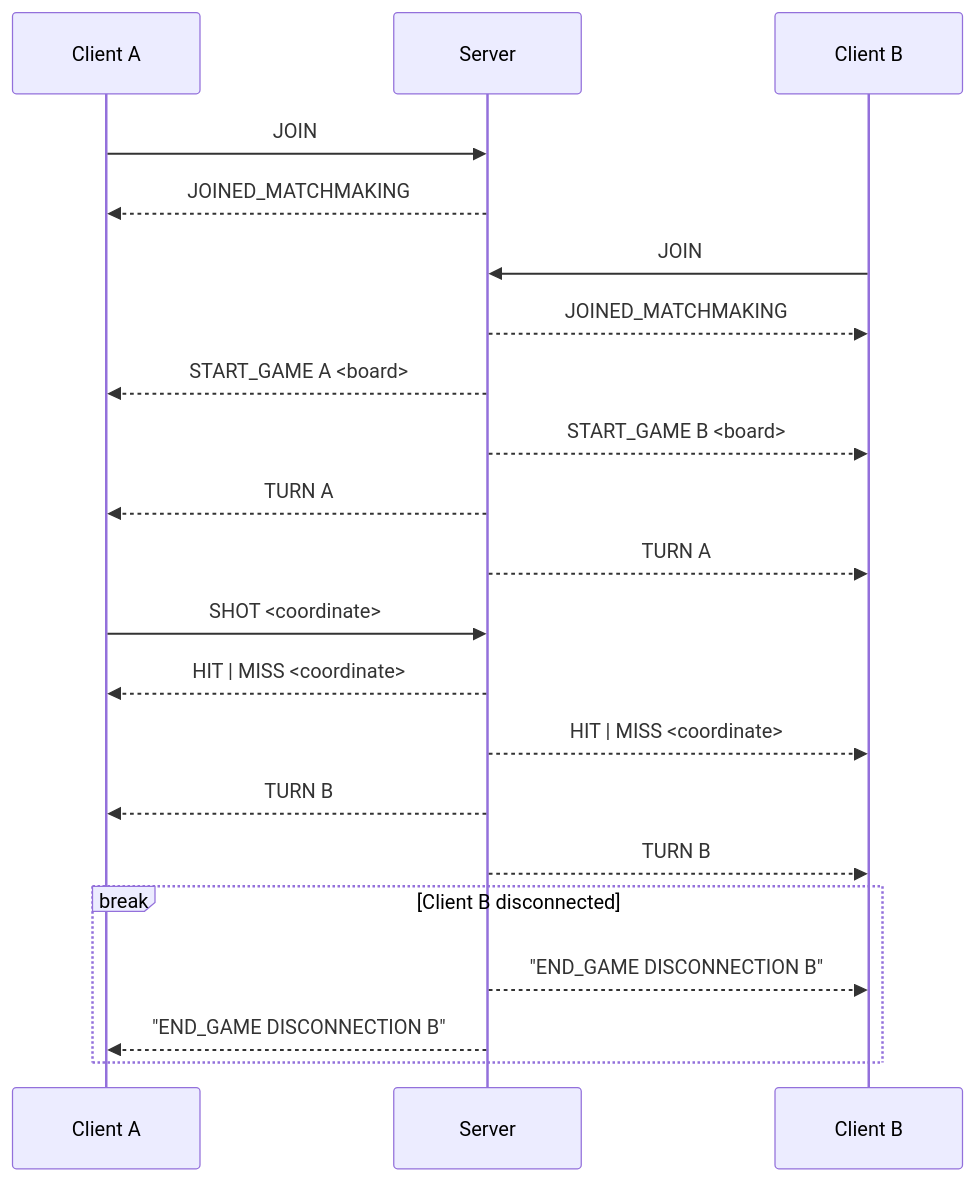
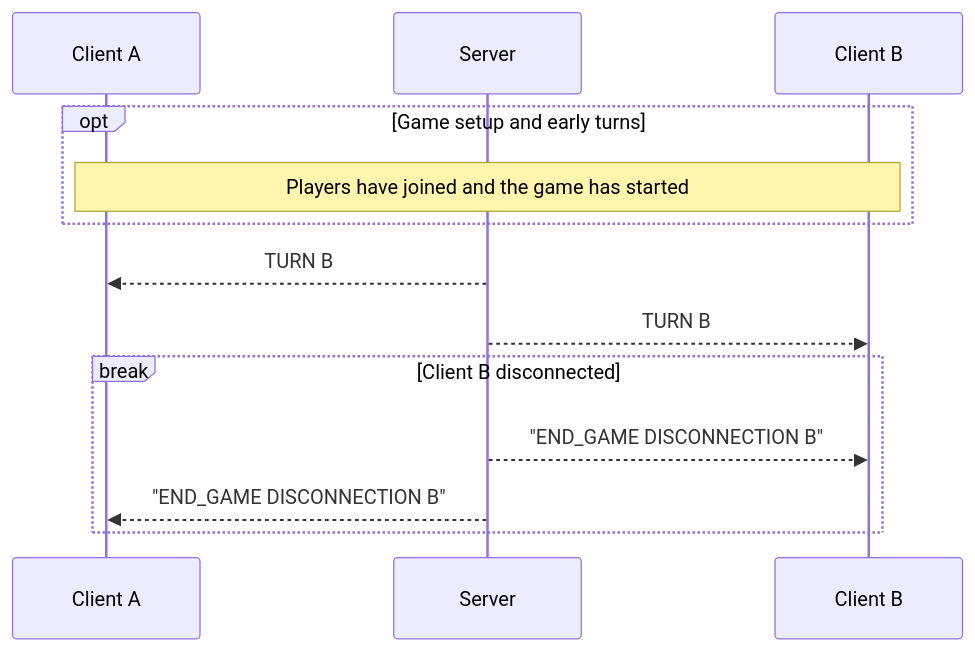
One commit to luismtorresv/battlesocket changed the third of 7 diagrams in README.md. Above: the diagram before and after it, drawn with Mermaid. The commit also changed other lines of this file, not shown here.

Commit message:
[README] Remove game setup boilerplate from sequence diagrams

````diff
--- a/README.md
+++ b/README.md
@@ -394,30 +394,18 @@
 ```mermaid
 sequenceDiagram
     participant ClientA as Client A
     participant Server as Server
     participant ClientB as Client B
 
-    ClientA->>Server: JOIN
-    Server-->>ClientA: JOINED_MATCHMAKING
-
-    ClientB->>Server: JOIN
-    Server-->>ClientB: JOINED_MATCHMAKING
-
-    Server-->>ClientA: START_GAME A <board>
-    Server-->>ClientB: START_GAME B <board>
-
-    Server-->>ClientA: TURN A
-    Server-->>ClientB: TURN A
-
-    ClientA->>Server: SHOT <coordinate>
-    Server-->>ClientA: HIT | MISS <coordinate>
-    Server-->>ClientB: HIT | MISS <coordinate>
+    opt Game setup and early turns
+      Note over ClientA, ClientB: Players have joined and the game has started
+    end
 
     Server-->>ClientA: TURN B
     Server-->>ClientB: TURN B
 
     break Client B disconnected
       Server-->>ClientB: "END_GAME DISCONNECTION B"
       Server-->>ClientA: "END_GAME DISCONNECTION B"
     end
 ```
````
